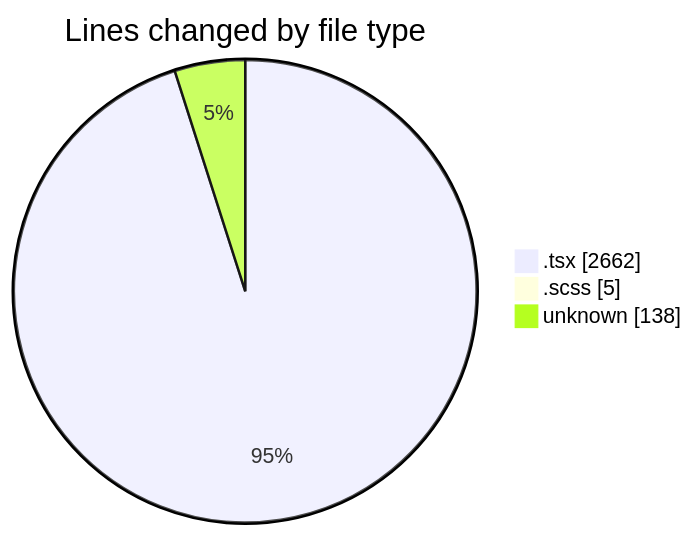
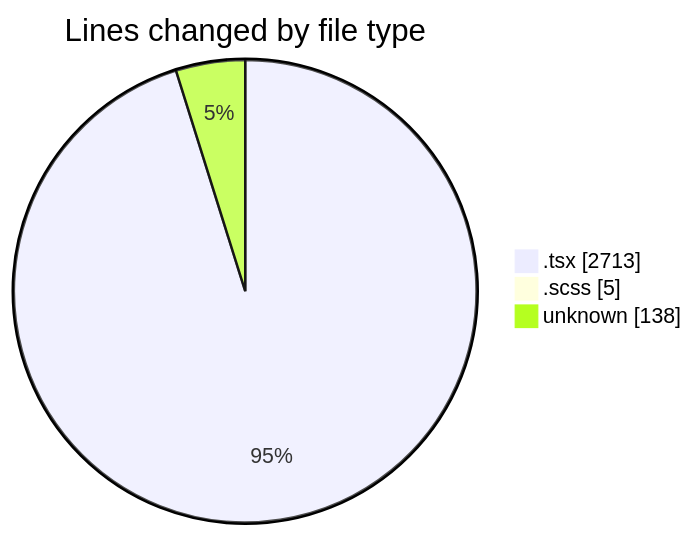
One commit to momahboobian/code-tracking changed the first of 2 diagrams in 2026-10-13/cda/README.md. Above: the diagram before and after it, drawn with Mermaid. The commit also changed other lines of this file and 1 other file, not shown here.

````diff
--- a/2026-10-13/cda/README.md
+++ b/2026-10-13/cda/README.md
@@ -35,7 +35,7 @@
 ```mermaid
 pie showData
 title Lines changed by file type
-".tsx" : 2662
+".tsx" : 2713
 ".scss" : 5
 "unknown" : 138
 ```
````
